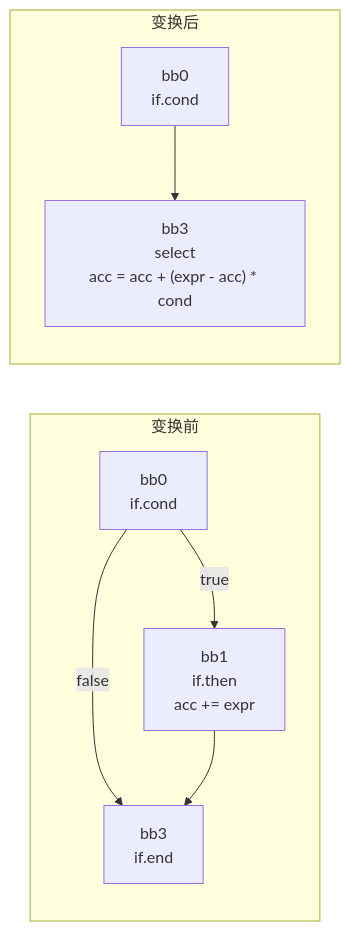
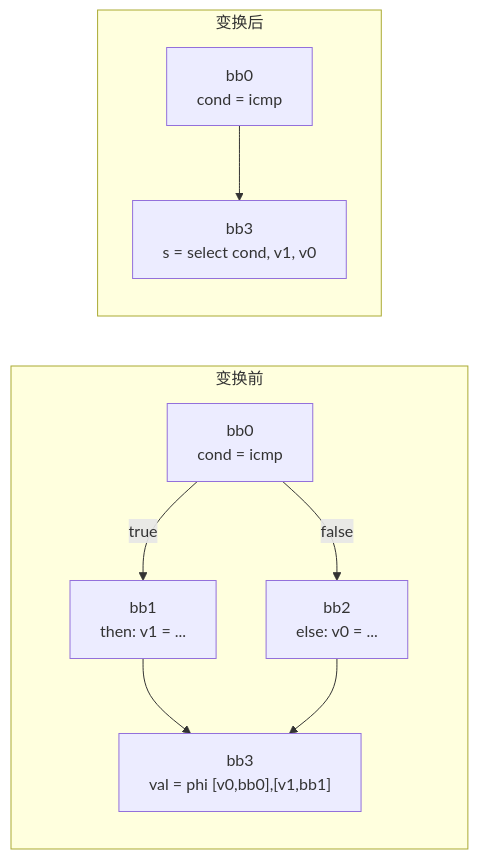
One commit to shopbimaster/compiler changed the seventh of 12 diagrams in README.md. Above: the diagram before and after it, drawn with Mermaid. The commit also changed other lines of this file and 2 other files, not shown here.

````diff
--- a/README.md
+++ b/README.md
@@ -320,11 +320,12 @@
 ```mermaid
 flowchart LR
     subgraph 变换前
-        B0a["bb0<br/>if.cond"] -->|true| B1a["bb1<br/>if.then<br/>acc += expr"]
-        B0a -->|false| B3a["bb3<br/>if.end"]
-        B1a --> B3a
+        B0a["bb0<br/>cond = icmp"] -->|true| B1a["bb1<br/>then: v1 = ..."]
+        B0a -->|false| B2a["bb2<br/>else: v0 = ..."]
+        B1a --> B3a["bb3<br/>val = phi [v0,bb0],[v1,bb1]"]
+        B2a --> B3a
     end
     subgraph 变换后
-        B0b["bb0<br/>if.cond"] --> B3b["bb3<br/>select<br/>acc = acc + (expr - acc) * cond"]
+        B0b["bb0<br/>cond = icmp"] --> B3b["bb3<br/>s = select cond, v1, v0"]
     end
 ```
````
